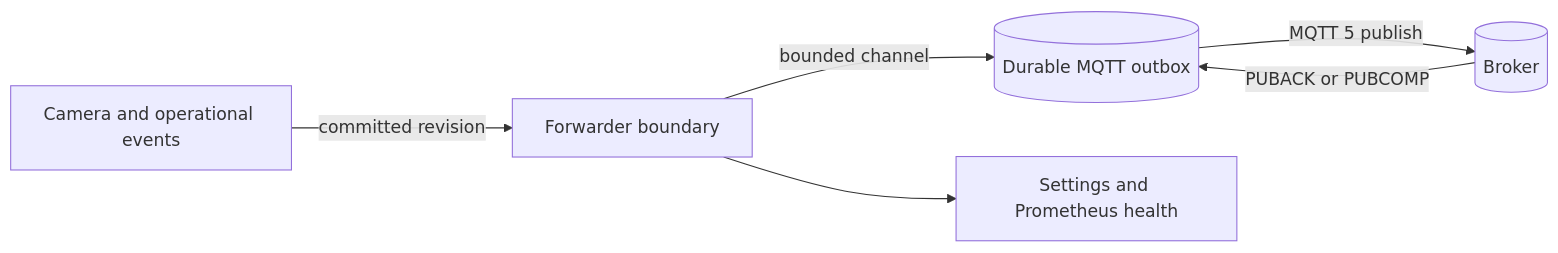
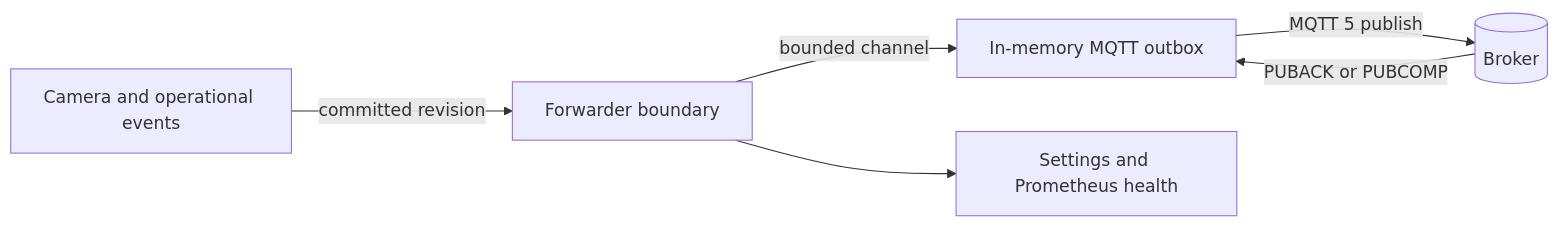
One commit to xnorpx/keeppeek changed the diagram in docs/event-forwarder.md. Above: the diagram before and after it, drawn with Mermaid. The commit also changed other lines of this file and 51 other files, not shown here.

````diff
--- a/docs/event-forwarder.md
+++ b/docs/event-forwarder.md
@@ -19,8 +19,8 @@
 ```mermaid
 flowchart LR
     C[Camera and operational events] -->|committed revision| F[Forwarder boundary]
-    F -->|bounded channel| O[(Durable MQTT outbox)]
+    F -->|bounded channel| O[In-memory MQTT outbox]
     O -->|MQTT 5 publish| B[(Broker)]
     B -->|PUBACK or PUBCOMP| O
     F --> H[Settings and Prometheus health]
 ```
````
